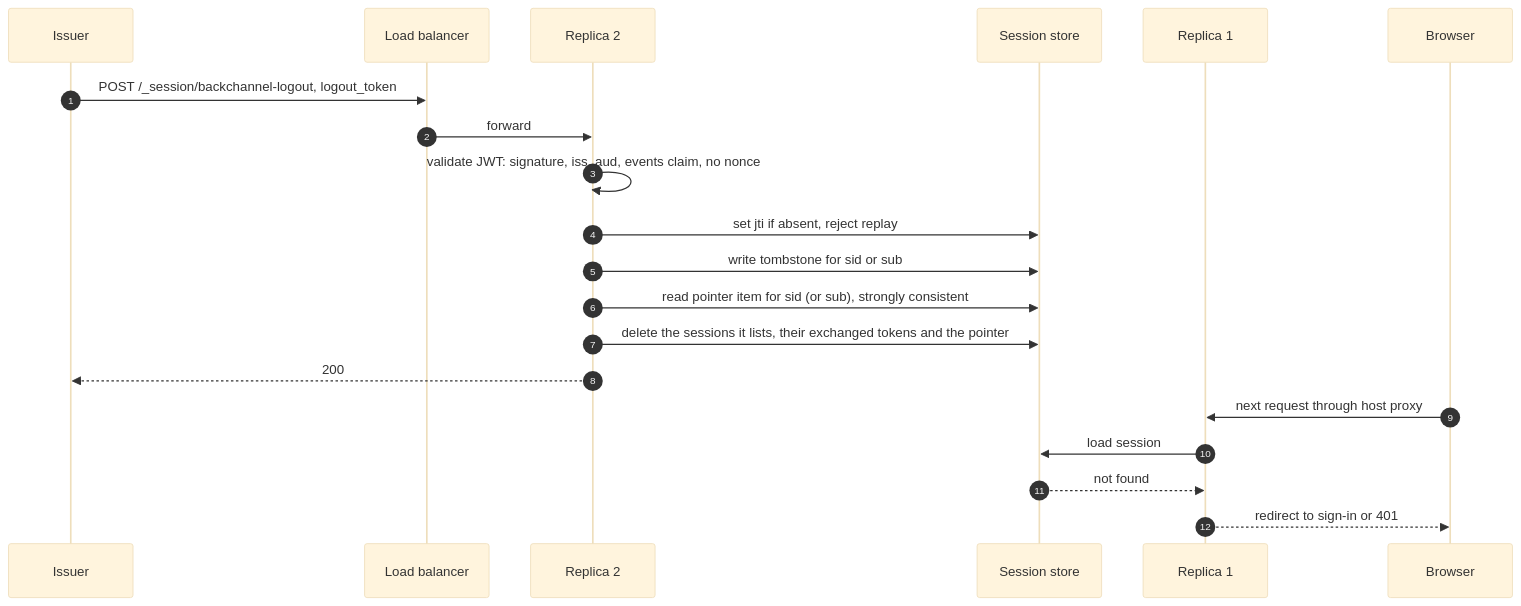
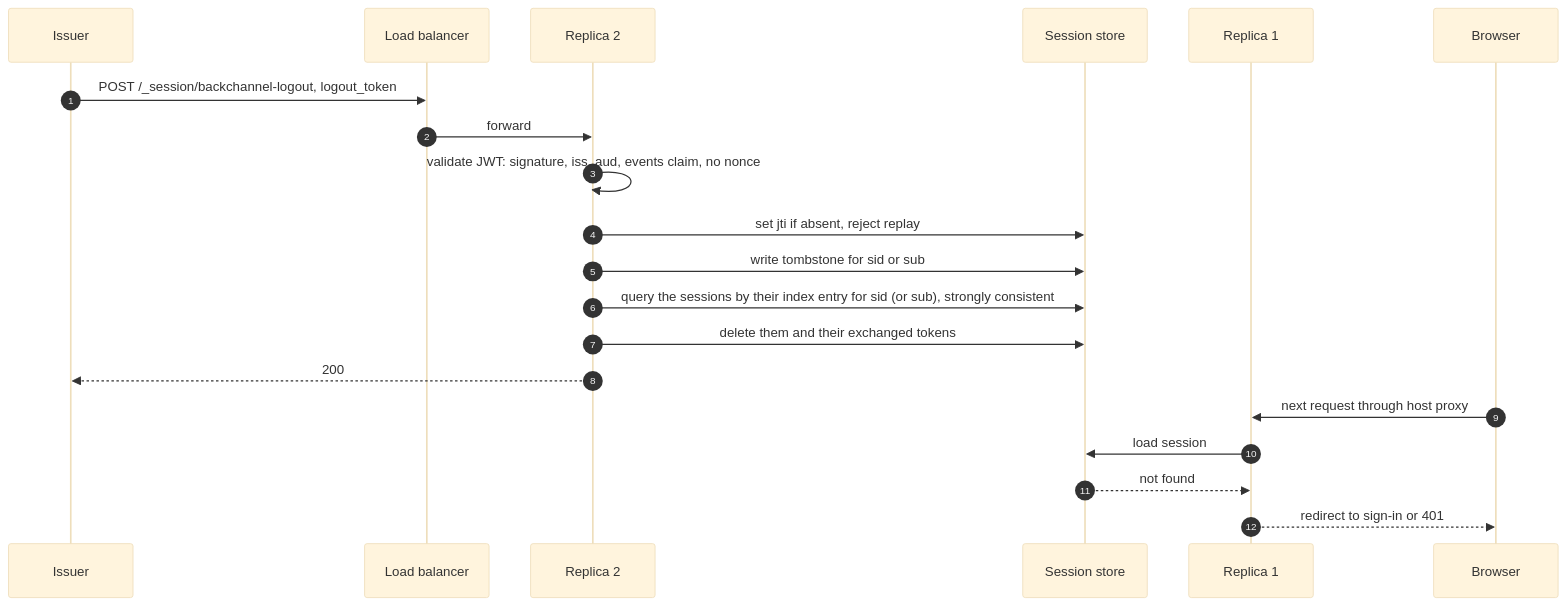
The fourth of 4 diagrams in docs/design.md (truvity/session), drawn with Mermaid (base theme) before and after one commit. The commit also changed other lines of this file and 15 other files, not shown here.

````diff
--- a/docs/design.md
+++ b/docs/design.md
@@ -238,23 +238,23 @@
 ```mermaid
 sequenceDiagram
     autonumber
     participant I as Issuer
     participant LB as Load balancer
     participant R2 as Replica 2
     participant V as Session store
     participant R1 as Replica 1
     participant B as Browser
 
     I->>LB: POST /_session/backchannel-logout, logout_token
     LB->>R2: forward
     R2->>R2: validate JWT: signature, iss, aud, events claim, no nonce
     R2->>V: set jti if absent, reject replay
     R2->>V: write tombstone for sid or sub
-    R2->>V: read pointer item for sid (or sub), strongly consistent
-    R2->>V: delete the sessions it lists, their exchanged tokens and the pointer
+    R2->>V: query the sessions by their index entry for sid (or sub), strongly consistent
+    R2->>V: delete them and their exchanged tokens
     R2-->>I: 200
     B->>R1: next request through host proxy
     R1->>V: load session
     V-->>R1: not found
     R1-->>B: redirect to sign-in or 401
 ```
````
